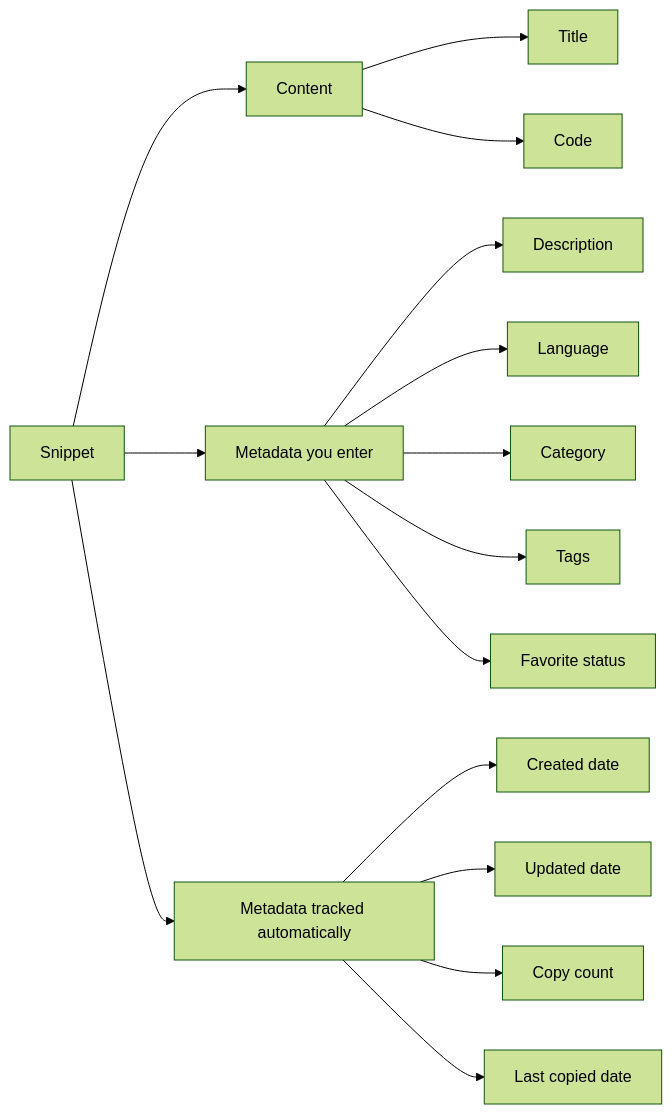
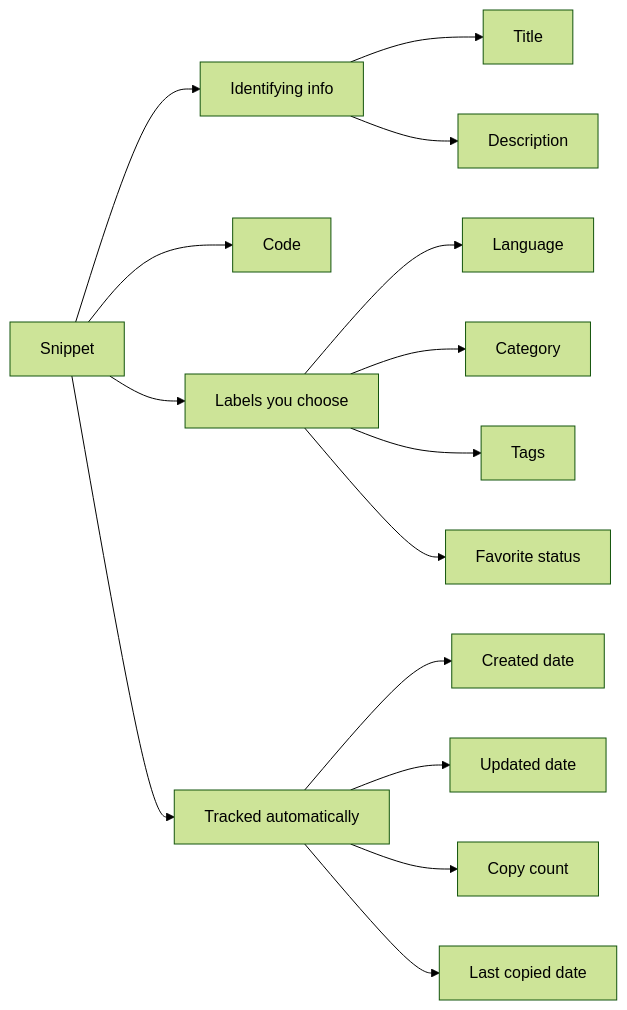
Before and after one commit to Mohita111/API2: the first of 2 diagrams in dromeas/docs/api2-documentation/plan_2026-10-30_79a04a/user-facing-docs/snippets-and-metadata.md, drawn with Mermaid (forest theme). The commit also changed other lines of this file and 5 other files, not shown here.

````diff
--- a/dromeas/docs/api2-documentation/plan_2026-10-30_79a04a/user-facing-docs/snippets-and-metadata.md
+++ b/dromeas/docs/api2-documentation/plan_2026-10-30_79a04a/user-facing-docs/snippets-and-metadata.md
@@ -83,17 +83,17 @@
 ```mermaid
 graph LR
-    A[Snippet] --> B[Content]
-    A --> C[Metadata you enter]
-    A --> D[Metadata tracked automatically]
-    B --> E[Title]
-    B --> F[Code]
-    C --> G[Description]
-    C --> H[Language]
-    C --> I[Category]
-    C --> J[Tags]
-    C --> K[Favorite status]
-    D --> L[Created date]
-    D --> M[Updated date]
-    D --> N[Copy count]
-    D --> O[Last copied date]
+    A[Snippet] --> B[Identifying info]
+    A --> C[Code]
+    A --> D[Labels you choose]
+    A --> E[Tracked automatically]
+    B --> F[Title]
+    B --> G[Description]
+    D --> H[Language]
+    D --> I[Category]
+    D --> J[Tags]
+    D --> K[Favorite status]
+    E --> L[Created date]
+    E --> M[Updated date]
+    E --> N[Copy count]
+    E --> O[Last copied date]
 ```
````
